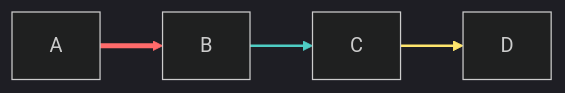
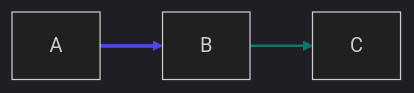
The fourth of 4 diagrams in resources/skills/tools/mermaid-diagrams/references/advanced-features.md (basidiocarp/lamella), drawn with Mermaid (dark theme) before and after one commit. The commit also changed other lines of this file and 1251 other files, not shown here.

````diff
--- a/resources/skills/tools/mermaid-diagrams/references/advanced-features.md
+++ b/resources/skills/tools/mermaid-diagrams/references/advanced-features.md
@@ -199,10 +63,7 @@
 ```mermaid
 flowchart LR
-    A --> B
-    B --> C
-    C --> D
-    
-    linkStyle 0 stroke:#ff6b6b,stroke-width:4px
-    linkStyle 1 stroke:#4ecdc4,stroke-width:2px
-    linkStyle 2 stroke:#ffe66d,stroke-width:2px
+  A --> B
+  B --> C
+  linkStyle 0 stroke:#4f46e5,stroke-width:3px
+  linkStyle 1 stroke:#0f766e,stroke-width:2px
 ```
````
